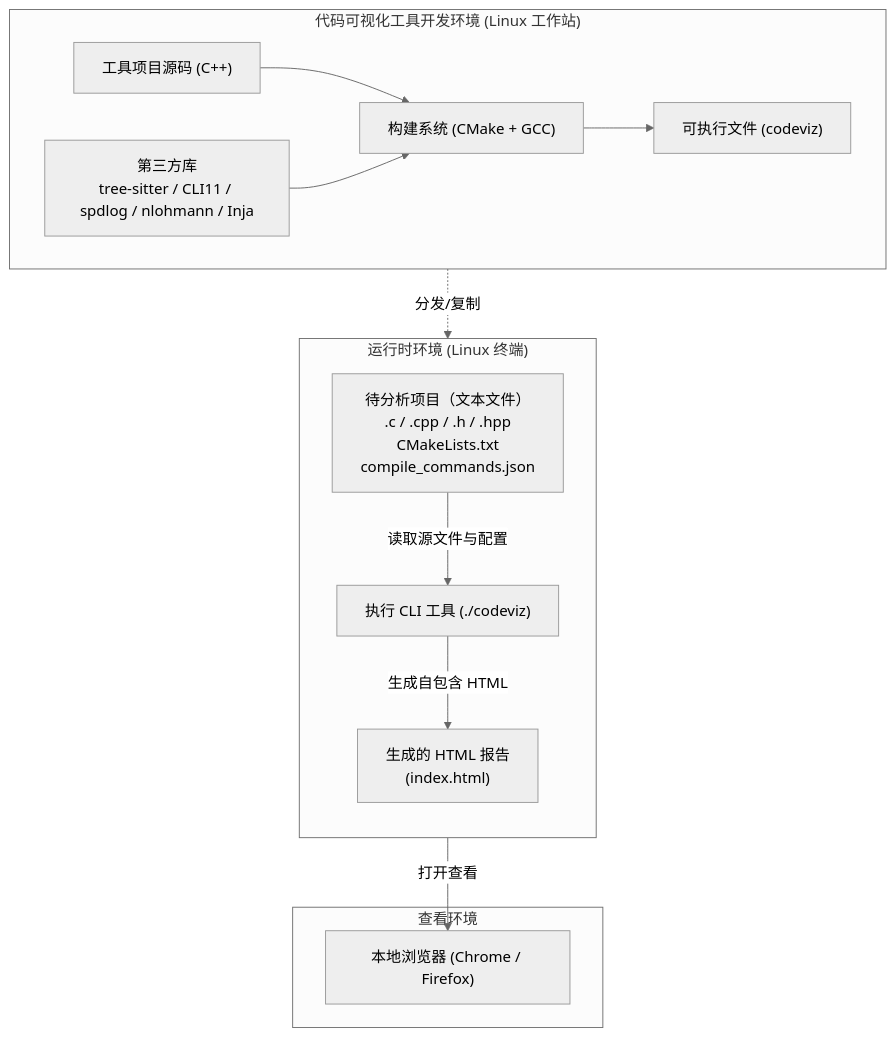
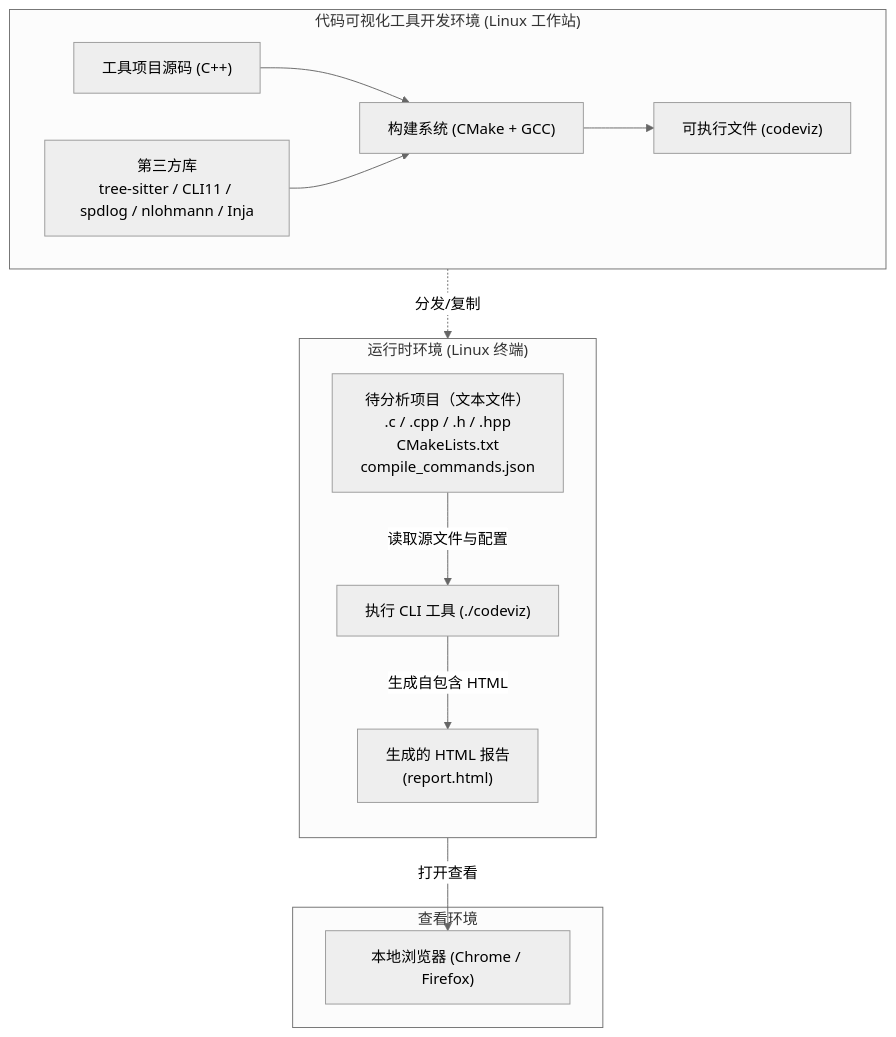
Before and after one commit to gzgy-leoyang/codeviz: the second of 7 diagrams in codeviz/Doc/Code_Visualization_Tool_Design_Spec.md, drawn with Mermaid (neutral theme). The commit also changed other lines of this file and 2 other files, not shown here.

````diff
--- a/codeviz/Doc/Code_Visualization_Tool_Design_Spec.md
+++ b/codeviz/Doc/Code_Visualization_Tool_Design_Spec.md
@@ -257,29 +257,29 @@
 ```mermaid
 flowchart TD
     subgraph Dev["代码可视化工具开发环境 (Linux 工作站)"]
         direction LR
         SrcCode["工具项目源码 (C++)"]
         ThirdParty["第三方库<br>tree-sitter / CLI11 / spdlog / nlohmann / Inja"]
         Build["构建系统 (CMake + GCC)"]
         Artifact["可执行文件 (codeviz)"]
         SrcCode --> Build
         ThirdParty --> Build
         Build --> Artifact
     end
 
     subgraph Runtime["运行时环境 (Linux 终端)"]
         direction TB
         CLI["执行 CLI 工具 (./codeviz)"]
         ProjectDir["待分析项目（文本文件）<br>.c / .cpp / .h / .hpp<br>CMakeLists.txt<br>compile_commands.json"]
-        OutputHTML["生成的 HTML 报告<br>(index.html)"]
+        OutputHTML["生成的 HTML 报告<br>(report.html)"]
         ProjectDir -->|"读取源文件与配置"| CLI
         CLI -->|"生成自包含 HTML"| OutputHTML
     end
 
     subgraph Viewer["查看环境"]
         Browser["本地浏览器 (Chrome / Firefox)"]
         OutputHTML -->|"打开查看"| Browser
     end
 
     Artifact -.->|"分发/复制"| CLI
 ```
````
